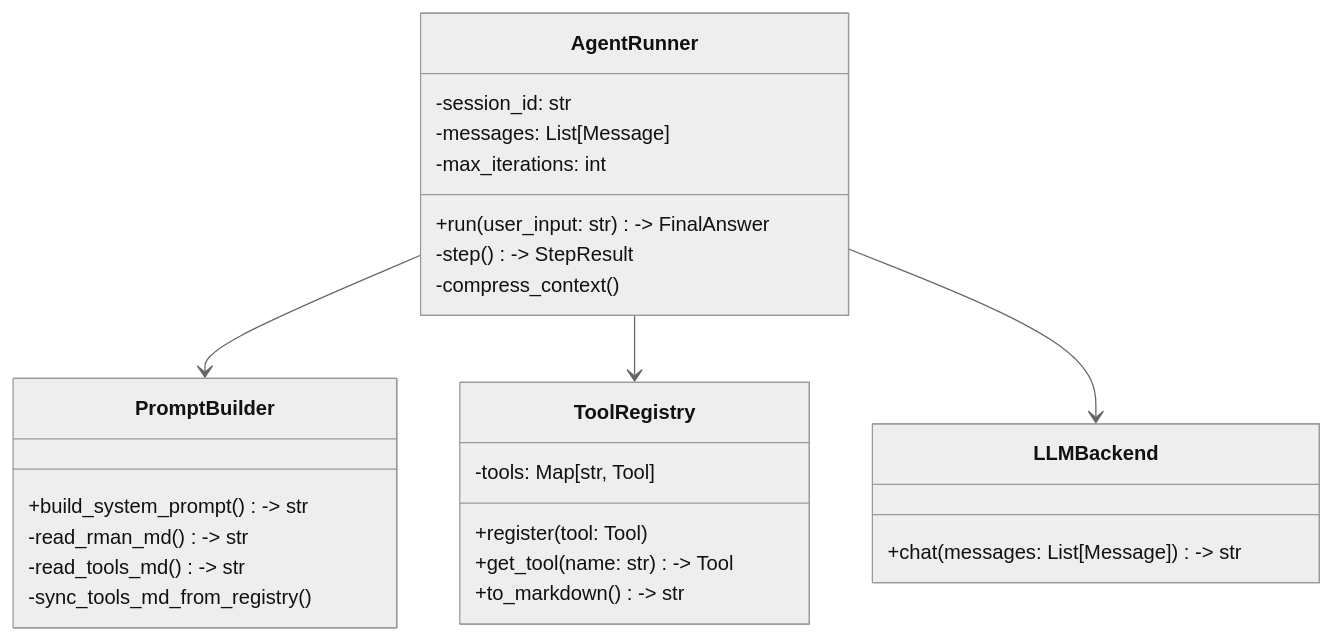
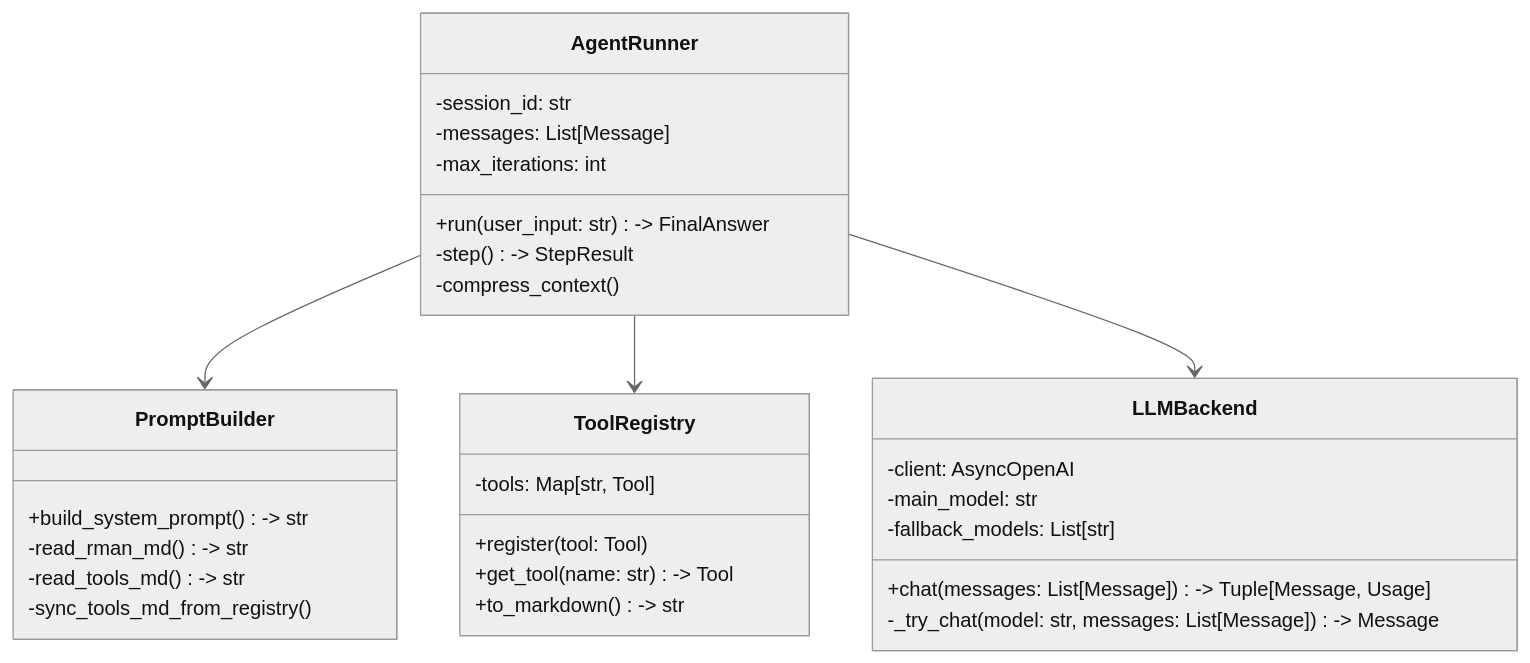
One commit to zx2015/r_man changed the diagram in docs/design/core-agent/DETAILED_DESIGN.md. Above: the diagram before and after it, drawn with Mermaid (neutral theme). The commit also changed other lines of this file and 5 other files, not shown here.

First line of the commit message:
feat: implement slot-based system prompt architecture and LLM fallback mechanism

````diff
--- a/docs/design/core-agent/DETAILED_DESIGN.md
+++ b/docs/design/core-agent/DETAILED_DESIGN.md
@@ -13,33 +13,37 @@
 ```mermaid
 classDiagram
     class AgentRunner {
         -session_id: str
         -messages: List[Message]
         -max_iterations: int
         +run(user_input: str) -> FinalAnswer
         -step() -> StepResult
         -compress_context()
     }
 
     class PromptBuilder {
         +build_system_prompt() -> str
         -read_rman_md() -> str
         -read_tools_md() -> str
         -sync_tools_md_from_registry()
     }
 
     class ToolRegistry {
         -tools: Map[str, Tool]
         +register(tool: Tool)
         +get_tool(name: str) -> Tool
         +to_markdown() -> str
     }
 
     class LLMBackend {
-        +chat(messages: List[Message]) -> str
+        -client: AsyncOpenAI
+        -main_model: str
+        -fallback_models: List[str]
+        +chat(messages: List[Message]) -> Tuple[Message, Usage]
+        -_try_chat(model: str, messages: List[Message]) -> Message
     }
 
     AgentRunner --> PromptBuilder
     AgentRunner --> ToolRegistry
     AgentRunner --> LLMBackend
 ```
````
